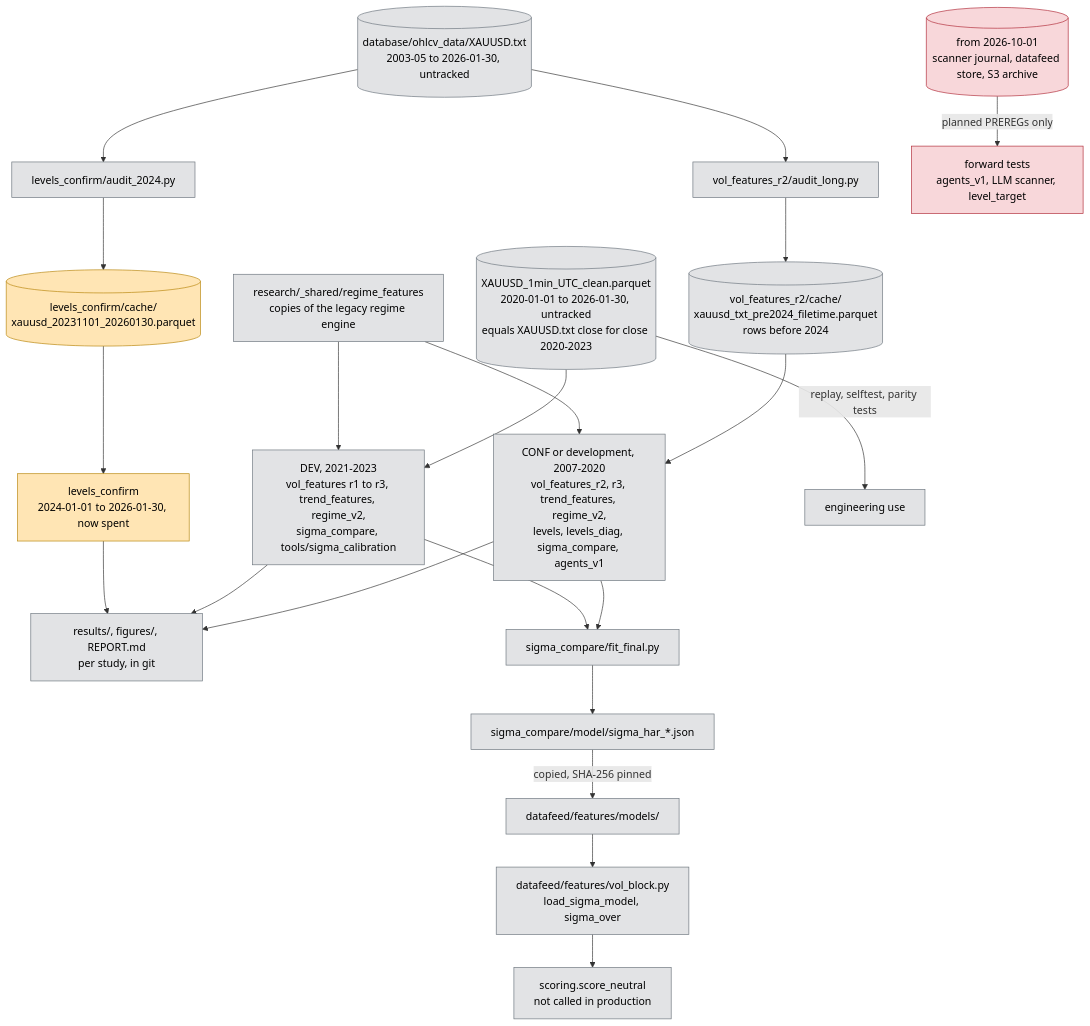
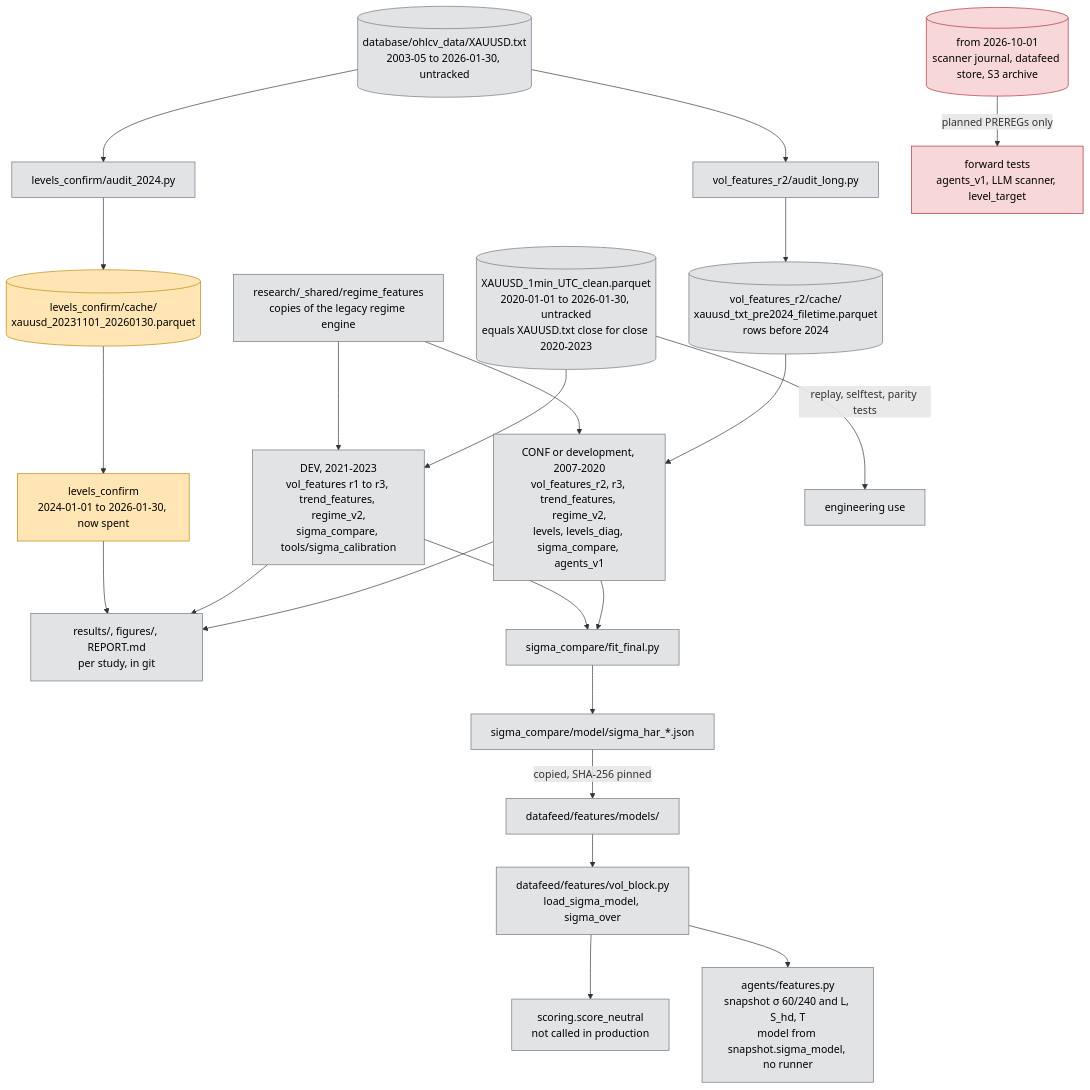
Before and after one commit to QBKFD/OPARLI-LLM-FORWARD: the tenth of 12 diagrams in docs/ARCHITECTURE_CURRENT.md, drawn with Mermaid. The commit also changed other lines of this file and 1 other file, not shown here.

First line of the commit message:
docs: ARCHITECTURE_CURRENT and README to main @ e194cb7, agents v2 diagrams

````diff
--- a/docs/ARCHITECTURE_CURRENT.md
+++ b/docs/ARCHITECTURE_CURRENT.md
@@ -328,32 +508,33 @@
 ```mermaid
 flowchart TB
   TXT[("database/ohlcv_data/XAUUSD.txt<br/>2003-05 to 2026-01-30, untracked")]
   PQ[("XAUUSD_1min_UTC_clean.parquet<br/>2020-01-01 to 2026-01-30, untracked<br/>equals XAUUSD.txt close for close 2020-2023")]
   TXT --> AL["vol_features_r2/audit_long.py"] --> C1[("vol_features_r2/cache/<br/>xauusd_txt_pre2024_filetime.parquet<br/>rows before 2024")]
   TXT --> A24["levels_confirm/audit_2024.py"] --> C2[("levels_confirm/cache/<br/>xauusd_20231101_20260130.parquet")]
   SH["research/_shared/regime_features<br/>copies of the legacy regime engine"]
 
   C1 --> CONF["CONF or development, 2007-2020<br/>vol_features_r2, r3, trend_features, regime_v2,<br/>levels, levels_diag, sigma_compare, agents_v1"]
   PQ --> DEVS["DEV, 2021-2023<br/>vol_features r1 to r3, trend_features, regime_v2,<br/>sigma_compare, tools/sigma_calibration"]
   C2 --> SPENT["levels_confirm<br/>2024-01-01 to 2026-01-30, now spent"]
   SH --> CONF
   SH --> DEVS
 
   CONF --> OUTS["results/, figures/, REPORT.md<br/>per study, in git"]
   DEVS --> OUTS
   SPENT --> OUTS
   CONF --> FIT["sigma_compare/fit_final.py"]
   DEVS --> FIT
   FIT --> SM["sigma_compare/model/sigma_har_*.json"] -->|"copied, SHA-256 pinned"| DM["datafeed/features/models/"]
   DM --> VB["datafeed/features/vol_block.py<br/>load_sigma_model, sigma_over"] --> SCO["scoring.score_neutral<br/>not called in production"]
+  VB --> AF["agents/features.py<br/>snapshot σ 60/240 and L, S_hd, T<br/>model from snapshot.sigma_model, no runner"]
 
   PQ -->|"replay, selftest, parity tests"| ENG["engineering use"]
   LIVE[("from 2026-10-01<br/>scanner journal, datafeed store, S3 archive")] -->|"planned PREREGs only"| FWD["forward tests<br/>agents_v1, LLM scanner, level_target"]
 
   classDef idle fill:#e2e3e5,stroke:#6c757d,color:#000
   classDef spent fill:#ffe5b4,stroke:#b8860b,color:#000
   classDef sealed fill:#f8d7da,stroke:#b02a37,color:#000
-  class TXT,PQ,AL,A24,C1,SH,CONF,DEVS,OUTS,FIT,SM,DM,VB,SCO,ENG idle
+  class TXT,PQ,AL,A24,C1,SH,CONF,DEVS,OUTS,FIT,SM,DM,VB,SCO,AF,ENG idle
   class C2,SPENT spent
   class LIVE,FWD sealed
 ```
````
